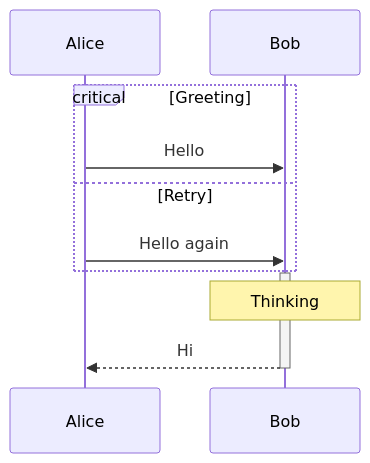
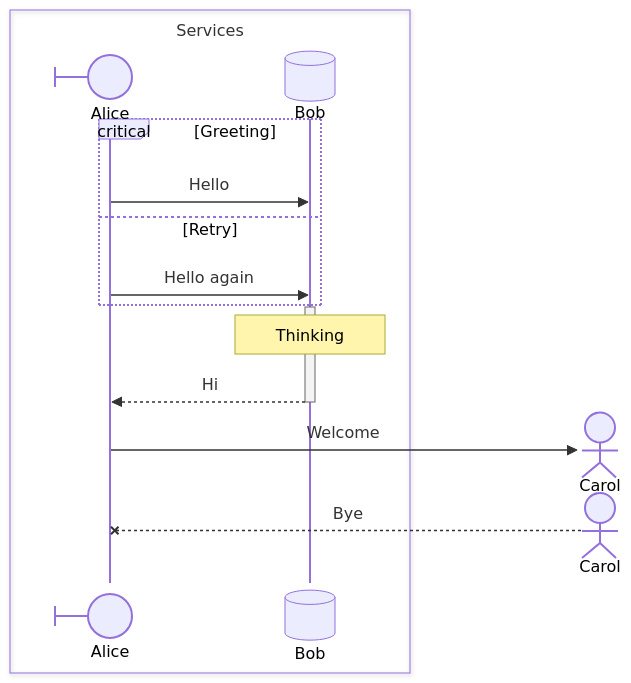
Before and after one commit to unexge/mdr: the second of 2 diagrams in bombadil/fixture.md, drawn with Mermaid. The commit also changed 4 other files, not shown here.

First line of the commit message:
feat: Render Mermaid sequence participants

````diff
--- a/bombadil/fixture.md
+++ b/bombadil/fixture.md
@@ -56,12 +56,20 @@
 ```mermaid
 sequenceDiagram
+    box Services
+        participant Alice@{ "type": "boundary" }
+        participant Bob@{ "type": "database" }
+    end
     critical Greeting
         Alice->>Bob: Hello
     option Retry
         Alice->>Bob: Hello again
     end
     activate Bob
     Note over Bob: Thinking
     Bob-->>Alice: Hi
     deactivate Bob
+    create actor Carol
+    Alice->>Carol: Welcome
+    destroy Carol
+    Carol--xAlice: Bye
 ```
````
